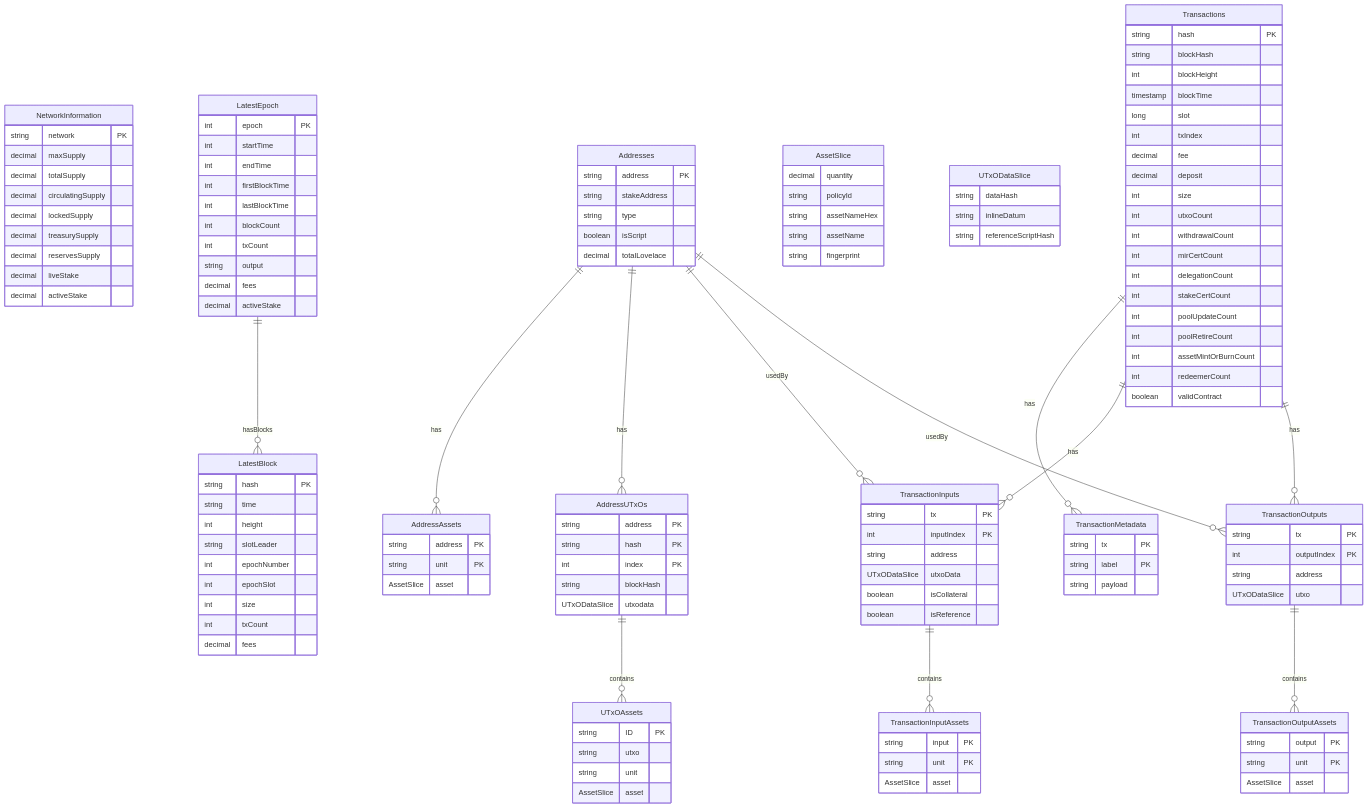
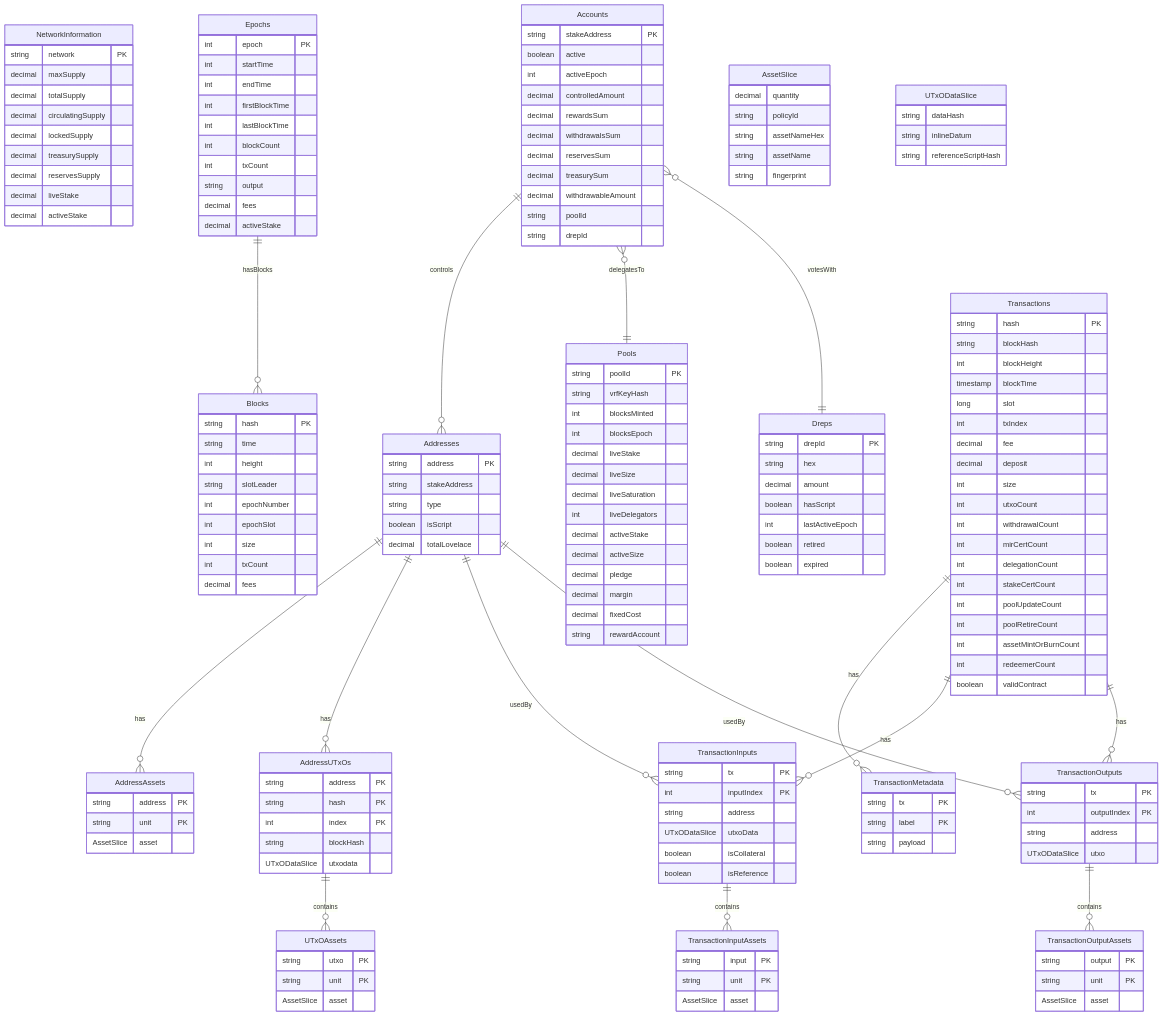
One commit to ODATANO/ODATANO changed the diagram in docs/concepts & architecture/MM_DATAMODEL.md. Above: the diagram before and after it, drawn with Mermaid. The commit also changed 28 other files, not shown here.

First line of the commit message:
feat: new entitys Pool / Drep / Accounts

```diff
--- a/docs/concepts & architecture/MM_DATAMODEL.md
+++ b/docs/concepts & architecture/MM_DATAMODEL.md
@@ -23,7 +23,7 @@
         decimal activeStake
     }
 
-    LatestEpoch {
+    Epochs {
         int    epoch PK
         int    startTime
         int    endTime
@@ -36,7 +36,7 @@
         decimal activeStake
     }
 
-    LatestBlock {
+    Blocks {
         string hash PK
         string time
         int    height
@@ -48,12 +48,53 @@
         decimal fees
     }
 
+    Pools {
+        string  poolId PK
+        string  vrfKeyHash
+        int     blocksMinted
+        int     blocksEpoch
+        decimal liveStake
+        decimal liveSize
+        decimal liveSaturation
+        int     liveDelegators
+        decimal activeStake
+        decimal activeSize
+        decimal pledge
+        decimal margin
+        decimal fixedCost
+        string  rewardAccount
+    }
+
+    Dreps {
+        string  drepId PK
+        string  hex
+        decimal amount
+        boolean hasScript
+        int     lastActiveEpoch
+        boolean retired
+        boolean expired
+    }
+
     Addresses {
         string  address PK
         string  stakeAddress
         string  type
         boolean isScript
         decimal totalLovelace
+    }
+
+    Accounts {
+        string  stakeAddress PK
+        boolean active
+        int     activeEpoch
+        decimal controlledAmount
+        decimal rewardsSum
+        decimal withdrawalsSum
+        decimal reservesSum
+        decimal treasurySum
+        decimal withdrawableAmount
+        string  poolId
+        string  drepId
     }
 
     AddressAssets {
@@ -85,9 +126,8 @@
     }
 
     UTxOAssets {
-        string ID PK
-        string utxo
-        string unit
+        string utxo PK
+        string unit PK
         AssetSlice asset
     }
 
@@ -151,14 +191,19 @@
     %% RELATIONSHIPS
     %% -----------------------------------------------------
 
-    %% Epoch <-> Latest Blocks
-    LatestEpoch ||--o{ LatestBlock : hasBlocks
-    %% (via LatestBlock.epochNumber -> LatestEpoch.epoch)
+    %% Epoch <-> Blocks
+    Epochs ||--o{ Blocks : hasBlocks
+    %% (via Blocks.epochNumber -> Epochs.epoch)
 
     %% Address relations
     Addresses   ||--o{ AddressAssets : has
     Addresses   ||--o{ AddressUTxOs  : has
     AddressUTxOs ||--o{ UTxOAssets   : contains
+
+    %% Accounts relations
+    Accounts ||--o{ Addresses : controls
+    Accounts }o--|| Pools     : delegatesTo
+    Accounts }o--|| Dreps     : votesWith
 
     %% Transactions and related data
     Transactions ||--o{ TransactionMetadata     : has
```
